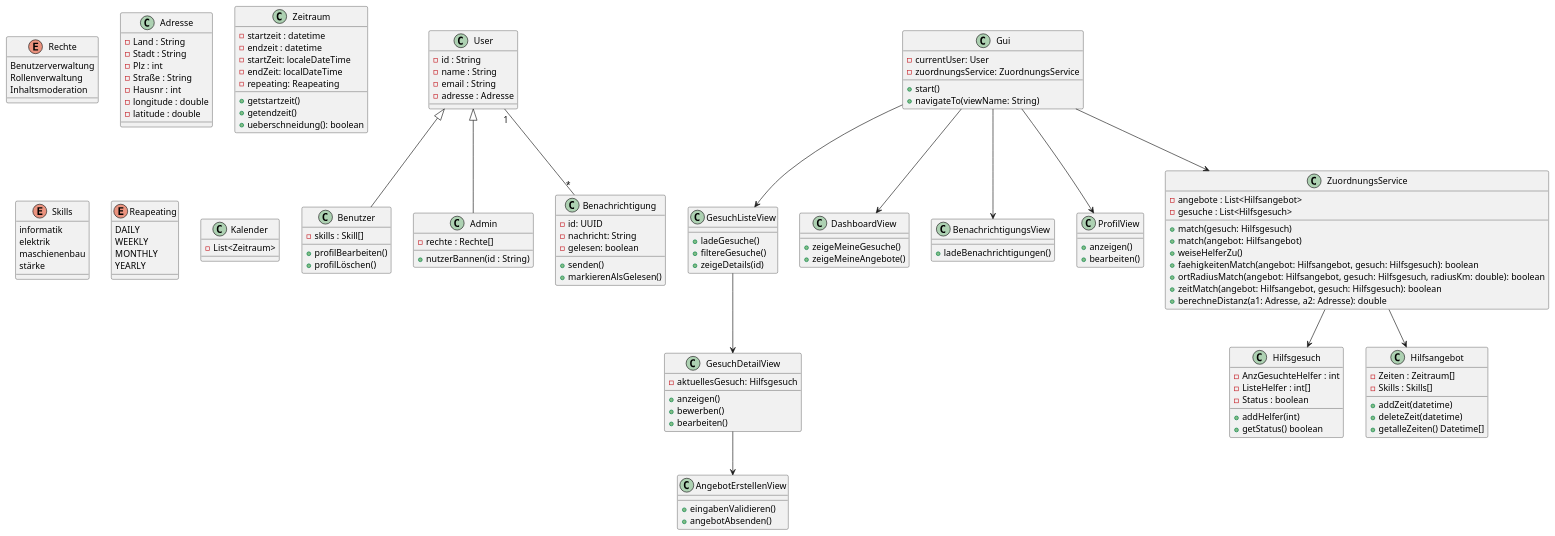
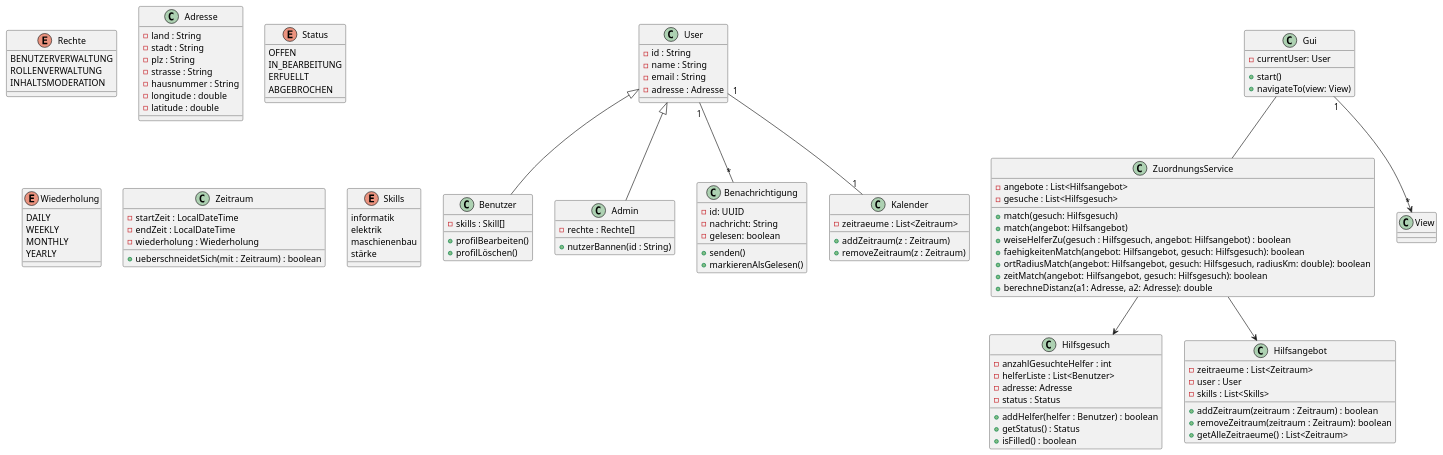
The diagram in Klassendiagramm.puml (pxrzivaldev/TeamProjektUML), drawn with PlantUML before and after one commit.

Commit message:
gross-kleinschreibung, gui simplifizierung und co

```diff
--- a/Klassendiagramm.puml
+++ b/Klassendiagramm.puml
@@ -1,160 +1,127 @@
 @startuml
 
 class User {
   - id : String
   - name : String
   - email : String
   - adresse : Adresse
 }
 
 class Benutzer {
 - skills : Skill[]
 + profilBearbeiten()
 + profilLöschen()
 }
 
 class Admin {
 - rechte : Rechte[]
 + nutzerBannen(id : String)
 }
 
 enum Rechte {
-  Benutzerverwaltung
-  Rollenverwaltung
-  Inhaltsmoderation
+  BENUTZERVERWALTUNG
+  ROLLENVERWALTUNG
+  INHALTSMODERATION
 }
 
 User <|-- Benutzer
 User <|-- Admin
 
 class Adresse {
-- Land : String
-- Stadt : String
-- Plz : int
-- Straße : String
-- Hausnr : int
-- longitude : double 
-- latitude : double
-} 
+  - land : String
+  - stadt : String
+  - plz : String
+  - strasse : String
+  - hausnummer : String
+  - longitude : double
+  - latitude : double
+}
+
+enum Status {
+  OFFEN
+  IN_BEARBEITUNG
+  ERFUELLT
+  ABGEBROCHEN
+}
 
 class Hilfsgesuch {
-- AnzGesuchteHelfer : int
-- ListeHelfer : int[]
-- Status : boolean
-+ addHelfer(int)
-+ getStatus() boolean
+  - anzahlGesuchteHelfer : int
+  - helferListe : List<Benutzer>
+  - adresse: Adresse
+  - status : Status
+  + addHelfer(helfer : Benutzer) : boolean
+  + getStatus() : Status
+  + isFilled() : boolean
 }
 
 class Hilfsangebot {
-- Zeiten : Zeitraum[]
-- Skills : Skills[]
-+ addZeit(datetime)
-+ deleteZeit(datetime)
-+ getalleZeiten() Datetime[]
+  - zeitraeume : List<Zeitraum>
+  - user : User
+  - skills : List<Skills>
+  + addZeitraum(zeitraum : Zeitraum) : boolean
+  + removeZeitraum(zeitraum : Zeitraum): boolean
+  + getAlleZeitraeume() : List<Zeitraum>
+}
+
+enum Wiederholung {
+  DAILY
+  WEEKLY
+  MONTHLY
+  YEARLY
 }
 
 class Zeitraum {
-- startzeit : datetime
-- endzeit : datetime
-+ getstartzeit()
-+ getendzeit()
+  - startZeit : LocalDateTime
+  - endZeit : LocalDateTime
+  - wiederholung : Wiederholung
+  + ueberschneidetSich(mit : Zeitraum) : boolean
 }
 
-enum Skills{
+enum Skills {
   informatik
   elektrik
   maschienenbau
   stärke
 }
 
 class Benachrichtigung {
   - id: UUID
   - nachricht: String
   - gelesen: boolean
   + senden()
   + markierenAlsGelesen()
 }
 
-enum Reapeating {
-  DAILY
-  WEEKLY
-  MONTHLY
-  YEARLY
+class Kalender {
+  - zeitraeume : List<Zeitraum>
+  + addZeitraum(z : Zeitraum)
+  + removeZeitraum(z : Zeitraum)
 }
 
-class Zeitraum {
-  - startZeit: localeDateTime
-  - endZeit: localDateTime
-  - repeating: Reapeating
-  + ueberschneidung(): boolean
-}
-
-class Kalender {
-  - List<Zeitraum>
-}
-
+User "1" -- "1" Kalender
 User "1" -- "*" Benachrichtigung
 
 class Gui {
   - currentUser: User
-  - zuordnungsService: ZuordnungsService
   + start()
-  + navigateTo(viewName: String)
+  + navigateTo(view: View)
 }
-
-class GesuchListeView {
-  + ladeGesuche()
-  + filtereGesuche()
-  + zeigeDetails(id)
-}
-
-class GesuchDetailView {
-  - aktuellesGesuch: Hilfsgesuch
-  + anzeigen()
-  + bewerben()
-  + bearbeiten()
-}
-
-class AngebotErstellenView {
-  + eingabenValidieren()
-  + angebotAbsenden()
-}
-
-class DashboardView {
-  + zeigeMeineGesuche()
-  + zeigeMeineAngebote()
-}
-
-class BenachrichtigungsView {
-  + ladeBenachrichtigungen()
-}
-
-class ProfilView {
-  + anzeigen()
-  + bearbeiten()
-}
-
-Gui --> GesuchListeView
-Gui --> DashboardView
-Gui --> BenachrichtigungsView
-Gui --> ProfilView
-GesuchListeView --> GesuchDetailView
-GesuchDetailView --> AngebotErstellenView
 
 class ZuordnungsService {
   - angebote : List<Hilfsangebot>
   - gesuche : List<Hilfsgesuch>
   + match(gesuch: Hilfsgesuch)
   + match(angebot: Hilfsangebot)
-  + weiseHelferZu()
+  + weiseHelferZu(gesuch : Hilfsgesuch, angebot: Hilfsangebot) : boolean
   + faehigkeitenMatch(angebot: Hilfsangebot, gesuch: Hilfsgesuch): boolean
   + ortRadiusMatch(angebot: Hilfsangebot, gesuch: Hilfsgesuch, radiusKm: double): boolean
   + zeitMatch(angebot: Hilfsangebot, gesuch: Hilfsgesuch): boolean
   + berechneDistanz(a1: Adresse, a2: Adresse): double
 }
 
-Gui --> ZuordnungsService
+Gui -- ZuordnungsService
 ZuordnungsService --> Hilfsgesuch
 ZuordnungsService --> Hilfsangebot
+Gui "1" --> "*" View
 
 @enduml
```
